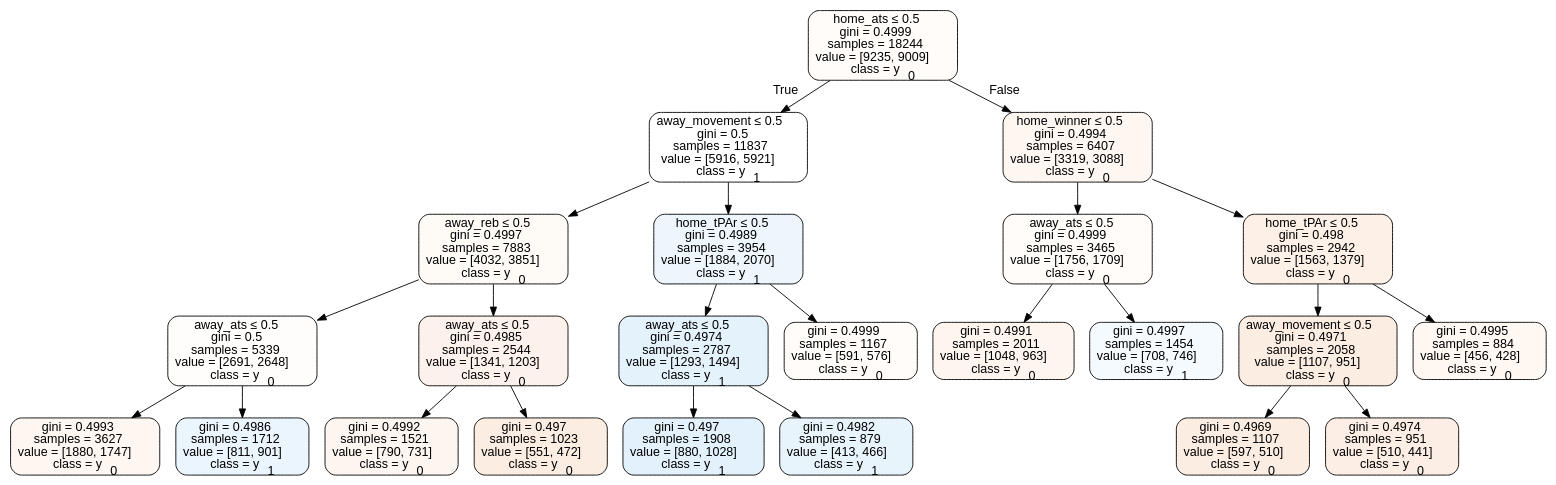
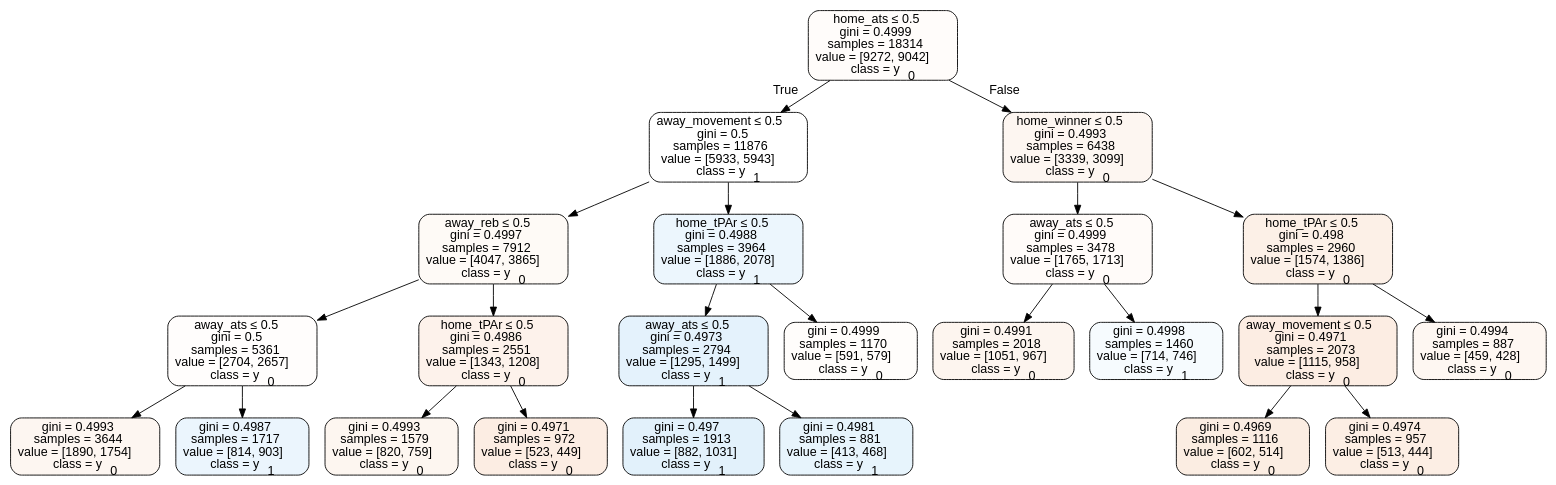
The diagram in Basketball/data/trees/treehome.dot (usbogie/ncaa-bets), drawn with Graphviz before and after one commit. The commit also changed 11 other files, not shown here.

```diff
--- a/Basketball/data/trees/treehome.dot
+++ b/Basketball/data/trees/treehome.dot
@@ -1,49 +1,49 @@
 digraph Tree {
 node [shape=box, style="filled, rounded", color="black", fontname=helvetica] ;
 edge [fontname=helvetica] ;
-0 [label=<home_ats &le; 0.5<br/>gini = 0.4999<br/>samples = 18244<br/>value = [9235, 9009]<br/>class = y<SUB>0</SUB>>, fillcolor="#e5813906"] ;
-1 [label=<away_movement &le; 0.5<br/>gini = 0.5<br/>samples = 11837<br/>value = [5916, 5921]<br/>class = y<SUB>1</SUB>>, fillcolor="#399de500"] ;
+0 [label=<home_ats &le; 0.5<br/>gini = 0.4999<br/>samples = 18314<br/>value = [9272, 9042]<br/>class = y<SUB>0</SUB>>, fillcolor="#e5813906"] ;
+1 [label=<away_movement &le; 0.5<br/>gini = 0.5<br/>samples = 11876<br/>value = [5933, 5943]<br/>class = y<SUB>1</SUB>>, fillcolor="#399de500"] ;
 0 -> 1 [labeldistance=2.5, labelangle=45, headlabel="True"] ;
-2 [label=<away_reb &le; 0.5<br/>gini = 0.4997<br/>samples = 7883<br/>value = [4032, 3851]<br/>class = y<SUB>0</SUB>>, fillcolor="#e581390b"] ;
+2 [label=<away_reb &le; 0.5<br/>gini = 0.4997<br/>samples = 7912<br/>value = [4047, 3865]<br/>class = y<SUB>0</SUB>>, fillcolor="#e581390b"] ;
 1 -> 2 ;
-3 [label=<away_ats &le; 0.5<br/>gini = 0.5<br/>samples = 5339<br/>value = [2691, 2648]<br/>class = y<SUB>0</SUB>>, fillcolor="#e5813904"] ;
+3 [label=<away_ats &le; 0.5<br/>gini = 0.5<br/>samples = 5361<br/>value = [2704, 2657]<br/>class = y<SUB>0</SUB>>, fillcolor="#e5813904"] ;
 2 -> 3 ;
-4 [label=<gini = 0.4993<br/>samples = 3627<br/>value = [1880, 1747]<br/>class = y<SUB>0</SUB>>, fillcolor="#e5813912"] ;
+4 [label=<gini = 0.4993<br/>samples = 3644<br/>value = [1890, 1754]<br/>class = y<SUB>0</SUB>>, fillcolor="#e5813912"] ;
 3 -> 4 ;
-5 [label=<gini = 0.4986<br/>samples = 1712<br/>value = [811, 901]<br/>class = y<SUB>1</SUB>>, fillcolor="#399de519"] ;
+5 [label=<gini = 0.4987<br/>samples = 1717<br/>value = [814, 903]<br/>class = y<SUB>1</SUB>>, fillcolor="#399de519"] ;
 3 -> 5 ;
-6 [label=<away_ats &le; 0.5<br/>gini = 0.4985<br/>samples = 2544<br/>value = [1341, 1203]<br/>class = y<SUB>0</SUB>>, fillcolor="#e581391a"] ;
+6 [label=<home_tPAr &le; 0.5<br/>gini = 0.4986<br/>samples = 2551<br/>value = [1343, 1208]<br/>class = y<SUB>0</SUB>>, fillcolor="#e581391a"] ;
 2 -> 6 ;
-7 [label=<gini = 0.4992<br/>samples = 1521<br/>value = [790, 731]<br/>class = y<SUB>0</SUB>>, fillcolor="#e5813913"] ;
+7 [label=<gini = 0.4993<br/>samples = 1579<br/>value = [820, 759]<br/>class = y<SUB>0</SUB>>, fillcolor="#e5813913"] ;
 6 -> 7 ;
-8 [label=<gini = 0.497<br/>samples = 1023<br/>value = [551, 472]<br/>class = y<SUB>0</SUB>>, fillcolor="#e5813925"] ;
+8 [label=<gini = 0.4971<br/>samples = 972<br/>value = [523, 449]<br/>class = y<SUB>0</SUB>>, fillcolor="#e5813924"] ;
 6 -> 8 ;
-9 [label=<home_tPAr &le; 0.5<br/>gini = 0.4989<br/>samples = 3954<br/>value = [1884, 2070]<br/>class = y<SUB>1</SUB>>, fillcolor="#399de517"] ;
+9 [label=<home_tPAr &le; 0.5<br/>gini = 0.4988<br/>samples = 3964<br/>value = [1886, 2078]<br/>class = y<SUB>1</SUB>>, fillcolor="#399de518"] ;
 1 -> 9 ;
-10 [label=<away_ats &le; 0.5<br/>gini = 0.4974<br/>samples = 2787<br/>value = [1293, 1494]<br/>class = y<SUB>1</SUB>>, fillcolor="#399de522"] ;
+10 [label=<away_ats &le; 0.5<br/>gini = 0.4973<br/>samples = 2794<br/>value = [1295, 1499]<br/>class = y<SUB>1</SUB>>, fillcolor="#399de523"] ;
 9 -> 10 ;
-11 [label=<gini = 0.497<br/>samples = 1908<br/>value = [880, 1028]<br/>class = y<SUB>1</SUB>>, fillcolor="#399de525"] ;
+11 [label=<gini = 0.497<br/>samples = 1913<br/>value = [882, 1031]<br/>class = y<SUB>1</SUB>>, fillcolor="#399de525"] ;
 10 -> 11 ;
-12 [label=<gini = 0.4982<br/>samples = 879<br/>value = [413, 466]<br/>class = y<SUB>1</SUB>>, fillcolor="#399de51d"] ;
+12 [label=<gini = 0.4981<br/>samples = 881<br/>value = [413, 468]<br/>class = y<SUB>1</SUB>>, fillcolor="#399de51e"] ;
 10 -> 12 ;
-13 [label=<gini = 0.4999<br/>samples = 1167<br/>value = [591, 576]<br/>class = y<SUB>0</SUB>>, fillcolor="#e5813906"] ;
+13 [label=<gini = 0.4999<br/>samples = 1170<br/>value = [591, 579]<br/>class = y<SUB>0</SUB>>, fillcolor="#e5813905"] ;
 9 -> 13 ;
-14 [label=<home_winner &le; 0.5<br/>gini = 0.4994<br/>samples = 6407<br/>value = [3319, 3088]<br/>class = y<SUB>0</SUB>>, fillcolor="#e5813912"] ;
+14 [label=<home_winner &le; 0.5<br/>gini = 0.4993<br/>samples = 6438<br/>value = [3339, 3099]<br/>class = y<SUB>0</SUB>>, fillcolor="#e5813912"] ;
 0 -> 14 [labeldistance=2.5, labelangle=-45, headlabel="False"] ;
-15 [label=<away_ats &le; 0.5<br/>gini = 0.4999<br/>samples = 3465<br/>value = [1756, 1709]<br/>class = y<SUB>0</SUB>>, fillcolor="#e5813907"] ;
+15 [label=<away_ats &le; 0.5<br/>gini = 0.4999<br/>samples = 3478<br/>value = [1765, 1713]<br/>class = y<SUB>0</SUB>>, fillcolor="#e5813908"] ;
 14 -> 15 ;
-16 [label=<gini = 0.4991<br/>samples = 2011<br/>value = [1048, 963]<br/>class = y<SUB>0</SUB>>, fillcolor="#e5813915"] ;
+16 [label=<gini = 0.4991<br/>samples = 2018<br/>value = [1051, 967]<br/>class = y<SUB>0</SUB>>, fillcolor="#e5813914"] ;
 15 -> 16 ;
-17 [label=<gini = 0.4997<br/>samples = 1454<br/>value = [708, 746]<br/>class = y<SUB>1</SUB>>, fillcolor="#399de50d"] ;
+17 [label=<gini = 0.4998<br/>samples = 1460<br/>value = [714, 746]<br/>class = y<SUB>1</SUB>>, fillcolor="#399de50b"] ;
 15 -> 17 ;
-18 [label=<home_tPAr &le; 0.5<br/>gini = 0.498<br/>samples = 2942<br/>value = [1563, 1379]<br/>class = y<SUB>0</SUB>>, fillcolor="#e581391e"] ;
+18 [label=<home_tPAr &le; 0.5<br/>gini = 0.498<br/>samples = 2960<br/>value = [1574, 1386]<br/>class = y<SUB>0</SUB>>, fillcolor="#e581391e"] ;
 14 -> 18 ;
-19 [label=<away_movement &le; 0.5<br/>gini = 0.4971<br/>samples = 2058<br/>value = [1107, 951]<br/>class = y<SUB>0</SUB>>, fillcolor="#e5813924"] ;
+19 [label=<away_movement &le; 0.5<br/>gini = 0.4971<br/>samples = 2073<br/>value = [1115, 958]<br/>class = y<SUB>0</SUB>>, fillcolor="#e5813924"] ;
 18 -> 19 ;
-20 [label=<gini = 0.4969<br/>samples = 1107<br/>value = [597, 510]<br/>class = y<SUB>0</SUB>>, fillcolor="#e5813925"] ;
+20 [label=<gini = 0.4969<br/>samples = 1116<br/>value = [602, 514]<br/>class = y<SUB>0</SUB>>, fillcolor="#e5813925"] ;
 19 -> 20 ;
-21 [label=<gini = 0.4974<br/>samples = 951<br/>value = [510, 441]<br/>class = y<SUB>0</SUB>>, fillcolor="#e5813922"] ;
+21 [label=<gini = 0.4974<br/>samples = 957<br/>value = [513, 444]<br/>class = y<SUB>0</SUB>>, fillcolor="#e5813922"] ;
 19 -> 21 ;
-22 [label=<gini = 0.4995<br/>samples = 884<br/>value = [456, 428]<br/>class = y<SUB>0</SUB>>, fillcolor="#e5813910"] ;
+22 [label=<gini = 0.4994<br/>samples = 887<br/>value = [459, 428]<br/>class = y<SUB>0</SUB>>, fillcolor="#e5813911"] ;
 18 -> 22 ;
 }
```
